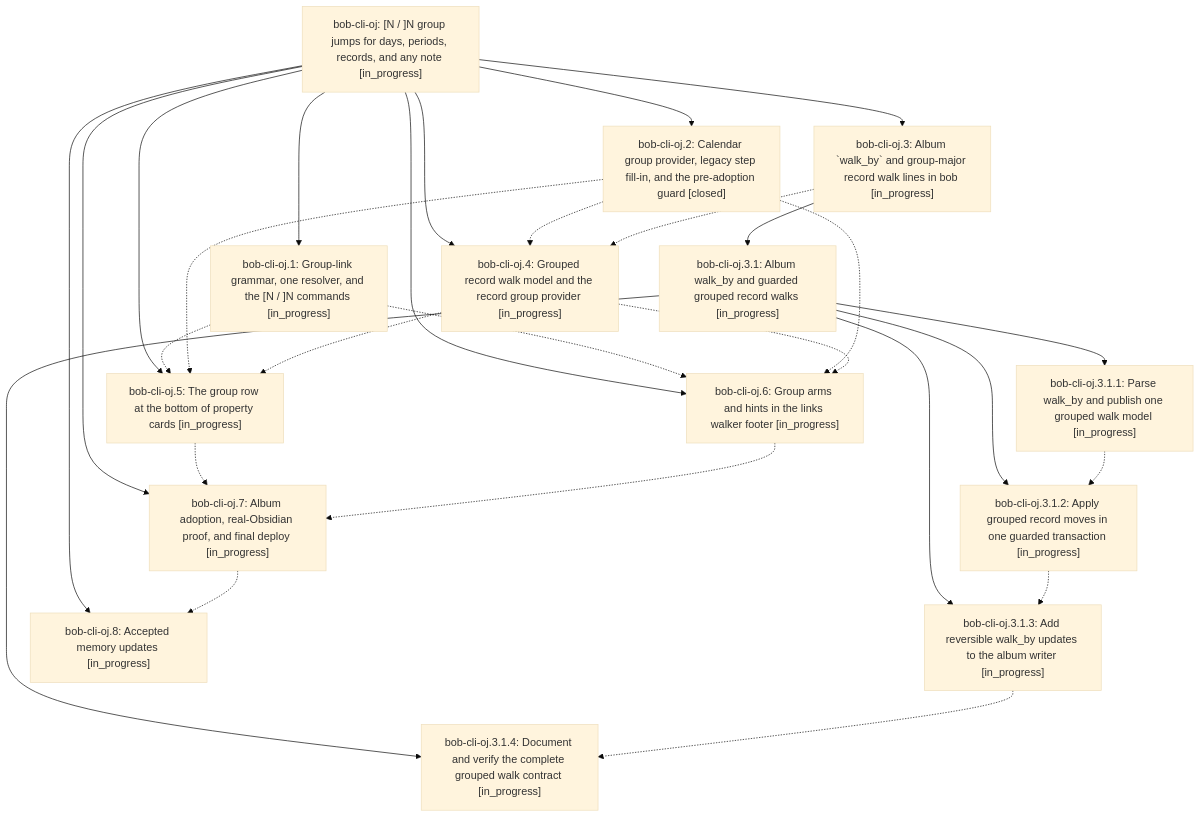
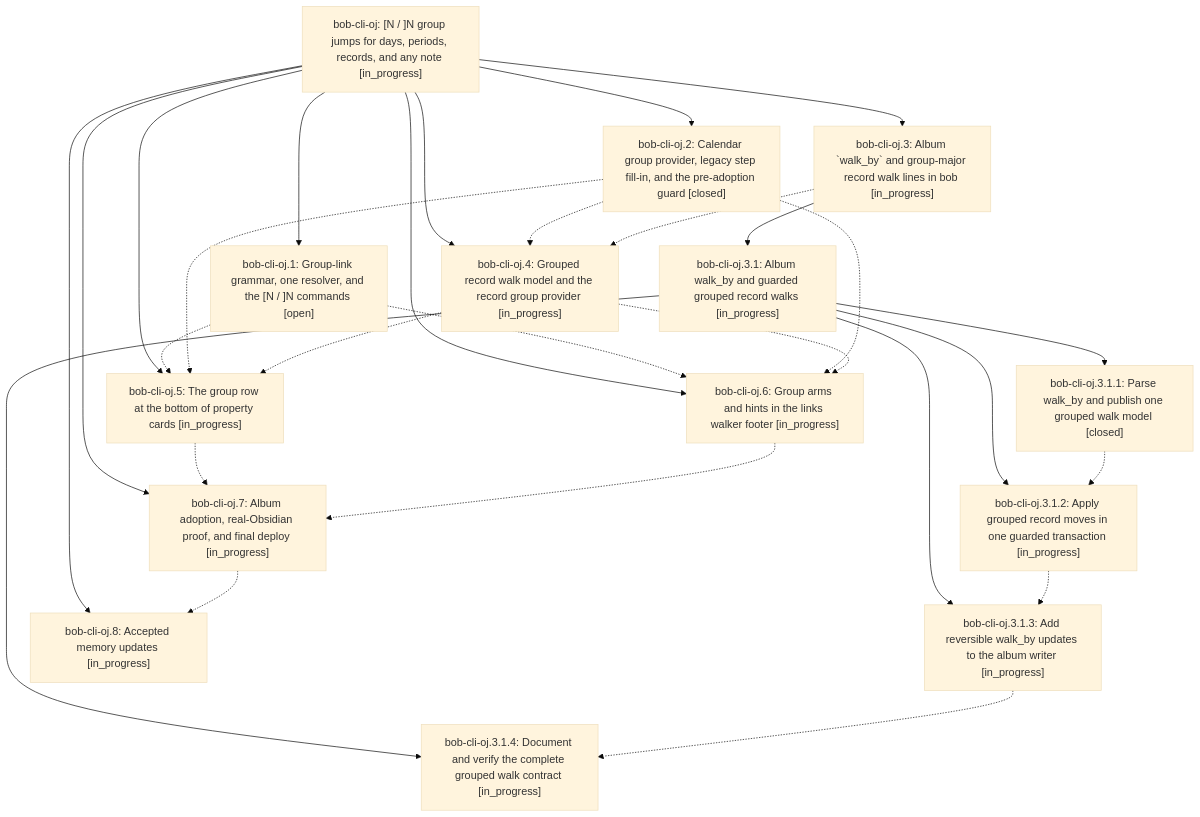
The diagram in pages/bob-cli-oj/README.md (bobs-org/bob-cli--beads), drawn with Mermaid (base theme) before and after one commit. The commit also changed other lines of this file and 7 other files, not shown here.

First line of the commit message:
chore(beads): sync bead state and pages for bob-cli-oj

````diff
--- a/pages/bob-cli-oj/README.md
+++ b/pages/bob-cli-oj/README.md
@@ -29,44 +43,44 @@
 ```mermaid
 flowchart TD
     n0["bob-cli-oj: [N / ]N group jumps for days, periods, records, and any note [in_progress]"]
-    n1["bob-cli-oj.1: Group-link grammar, one resolver, and the [N / ]N commands [in_progress]"]
+    n1["bob-cli-oj.1: Group-link grammar, one resolver, and the [N / ]N commands [open]"]
     n2["bob-cli-oj.2: Calendar group provider, legacy step fill-in, and the pre-adoption guard [closed]"]
     n3["bob-cli-oj.3: Album `walk_by` and group-major record walk lines in bob [in_progress]"]
     n4["bob-cli-oj.3.1: Album walk_by and guarded grouped record walks [in_progress]"]
-    n5["bob-cli-oj.3.1.1: Parse walk_by and publish one grouped walk model [in_progress]"]
+    n5["bob-cli-oj.3.1.1: Parse walk_by and publish one grouped walk model [closed]"]
     n6["bob-cli-oj.3.1.2: Apply grouped record moves in one guarded transaction [in_progress]"]
     n7["bob-cli-oj.3.1.3: Add reversible walk_by updates to the album writer [in_progress]"]
     n8["bob-cli-oj.3.1.4: Document and verify the complete grouped walk contract [in_progress]"]
     n9["bob-cli-oj.4: Grouped record walk model and the record group provider [in_progress]"]
     n10["bob-cli-oj.5: The group row at the bottom of property cards [in_progress]"]
     n11["bob-cli-oj.6: Group arms and hints in the links walker footer [in_progress]"]
     n12["bob-cli-oj.7: Album adoption, real-Obsidian proof, and final deploy [in_progress]"]
     n13["bob-cli-oj.8: Accepted memory updates [in_progress]"]
     n0 --> n1
     n0 --> n2
     n0 --> n3
     n3 --> n4
     n4 --> n5
     n4 --> n6
     n4 --> n7
     n4 --> n8
     n0 --> n9
     n0 --> n10
     n0 --> n11
     n0 --> n12
     n0 --> n13
     n1 -.-> n10
     n1 -.-> n11
     n2 -.-> n9
     n2 -.-> n10
     n2 -.-> n11
     n3 -.-> n9
     n5 -.-> n6
     n6 -.-> n7
     n7 -.-> n8
     n9 -.-> n10
     n9 -.-> n11
     n10 -.-> n12
     n11 -.-> n12
     n12 -.-> n13
 ```
````
